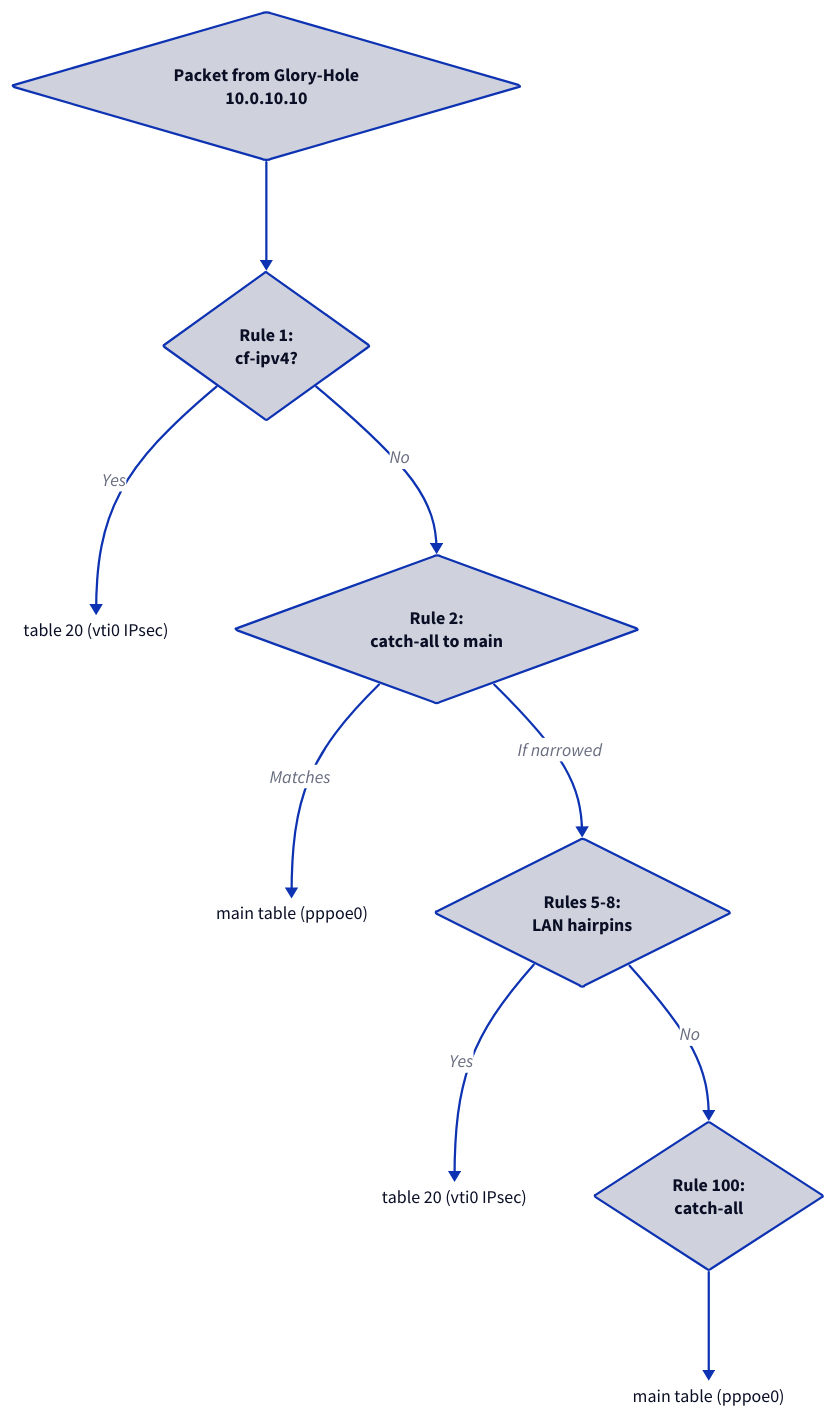
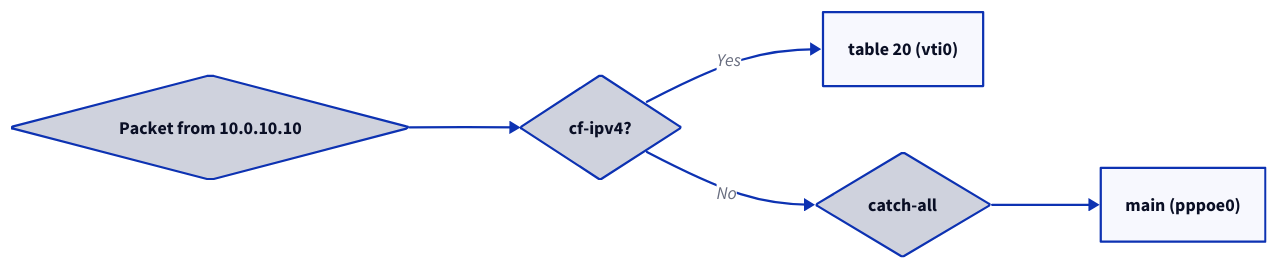
The second of 2 diagrams in src/content/docs/guides/vyos-dot.mdx (erfianugrah/lexicanum), drawn with D2 before and after one commit. The commit also changed other lines of this file and 4 other files, not shown here.

First line of the commit message:
docs: update GH Actions guide and optimize D2 diagram layouts

````diff
--- a/src/content/docs/guides/vyos-dot.mdx
+++ b/src/content/docs/guides/vyos-dot.mdx
@@ -274,67 +255,14 @@
 ```d2
-direction: down
+direction: right
 
-Start: |md
-  Packet from Glory-Hole
-  10.0.10.10
-| {
-  shape: diamond
-}
-
-Rule1: |md
-  Rule 1:
-  cf-ipv4?
-| {
-  shape: diamond
-}
-
-Table20A: |md
-  table 20
-  (vti0 IPsec)
-|
-
-Rule2: |md
-  Rule 2:
-  catch-all to main
-| {
-  shape: diamond
-}
-
-Main1: |md
-  main table
-  (pppoe0)
-|
-
-Hairpin: |md
-  Rules 5-8:
-  LAN hairpins
-| {
-  shape: diamond
-}
-
-Table20B: |md
-  table 20
-  (vti0 IPsec)
-|
-
-Rule100: |md
-  Rule 100:
-  catch-all
-| {
-  shape: diamond
-}
-
-Main2: |md
-  main table
-  (pppoe0)
-|
+Start: Packet from 10.0.10.10 {shape: diamond}
+Rule1: cf-ipv4? {shape: diamond}
+Table20: table 20 (vti0)
+Rule2: catch-all {shape: diamond}
+Main: main (pppoe0)
 
 Start -> Rule1
-Rule1 -> Table20A: Yes
+Rule1 -> Table20: Yes
 Rule1 -> Rule2: No
-Rule2 -> Main1: Matches
-Rule2 -> Hairpin: If narrowed
-Hairpin -> Table20B: Yes
-Hairpin -> Rule100: No
-Rule100 -> Main2
+Rule2 -> Main
 ```
````
